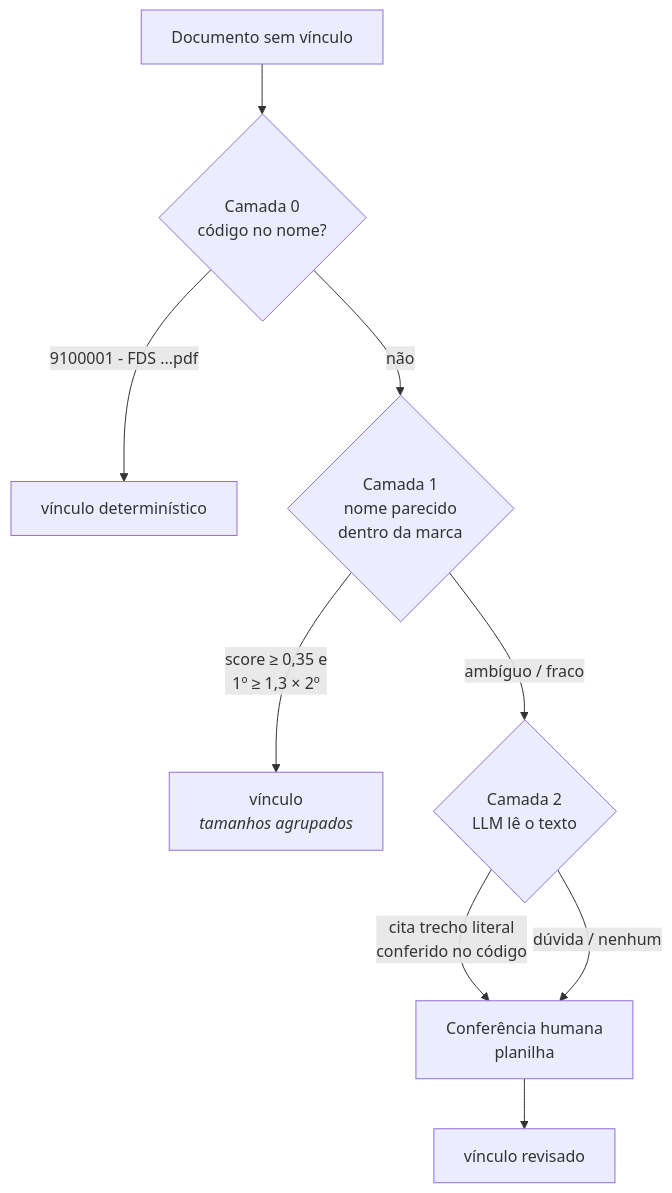
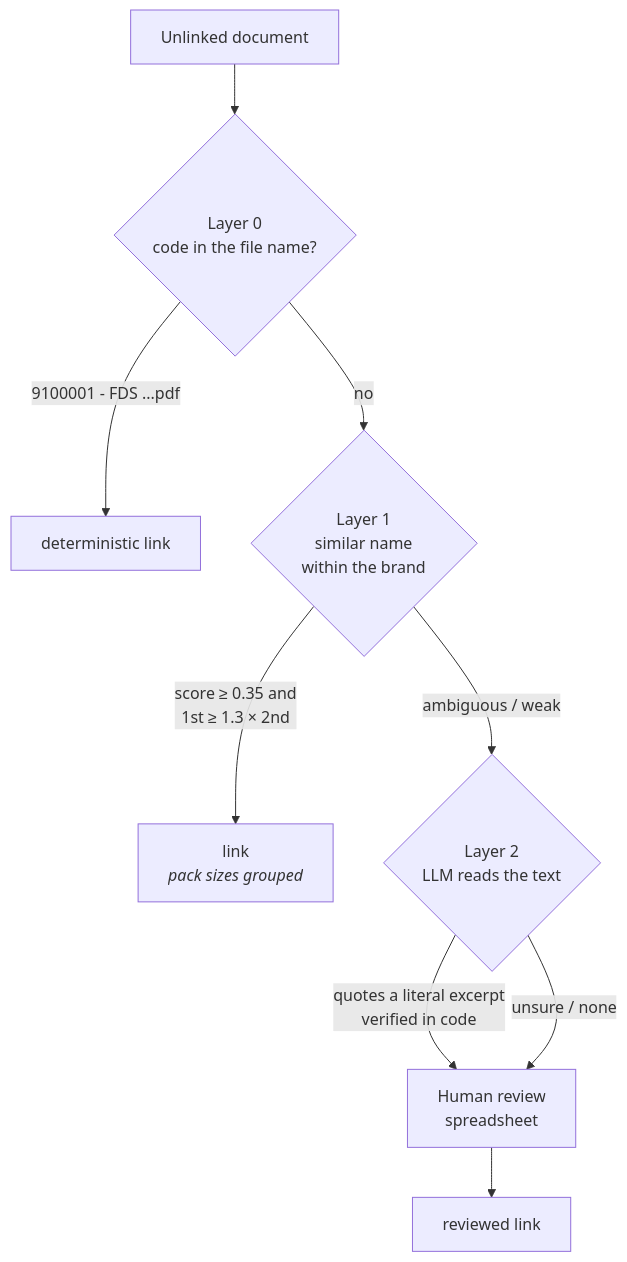
One commit to Renan-Maciel-Santos/bot-fichas-tecnicas changed the third of 3 diagrams in README.md. Above: the diagram before and after it, drawn with Mermaid. The commit also changed other lines of this file, not shown here.

````diff
--- a/README.md
+++ b/README.md
@@ -118,11 +130,11 @@
 ```mermaid
 flowchart TD
-    DOC[Documento sem vínculo] --> C0{Camada 0<br/>código no nome?}
-    C0 -- "9100001 - FDS ...pdf" --> OK0[vínculo determinístico]
-    C0 -- não --> C1{Camada 1<br/>nome parecido<br/>dentro da marca}
-    C1 -- "score ≥ 0,35 e<br/>1º ≥ 1,3 × 2º" --> OK1[vínculo<br/><i>tamanhos agrupados</i>]
-    C1 -- ambíguo / fraco --> C2{Camada 2<br/>LLM lê o texto}
-    C2 -- "cita trecho literal<br/>conferido no código" --> H[Conferência humana<br/>planilha]
-    C2 -- dúvida / nenhum --> H
-    H --> OK2[vínculo revisado]
+    DOC[Unlinked document] --> C0{Layer 0<br/>code in the file name?}
+    C0 -- "9100001 - FDS ...pdf" --> OK0[deterministic link]
+    C0 -- no --> C1{Layer 1<br/>similar name<br/>within the brand}
+    C1 -- "score ≥ 0.35 and<br/>1st ≥ 1.3 × 2nd" --> OK1[link<br/><i>pack sizes grouped</i>]
+    C1 -- ambiguous / weak --> C2{Layer 2<br/>LLM reads the text}
+    C2 -- "quotes a literal excerpt<br/>verified in code" --> H[Human review<br/>spreadsheet]
+    C2 -- unsure / none --> H
+    H --> OK2[reviewed link]
 ```
````
